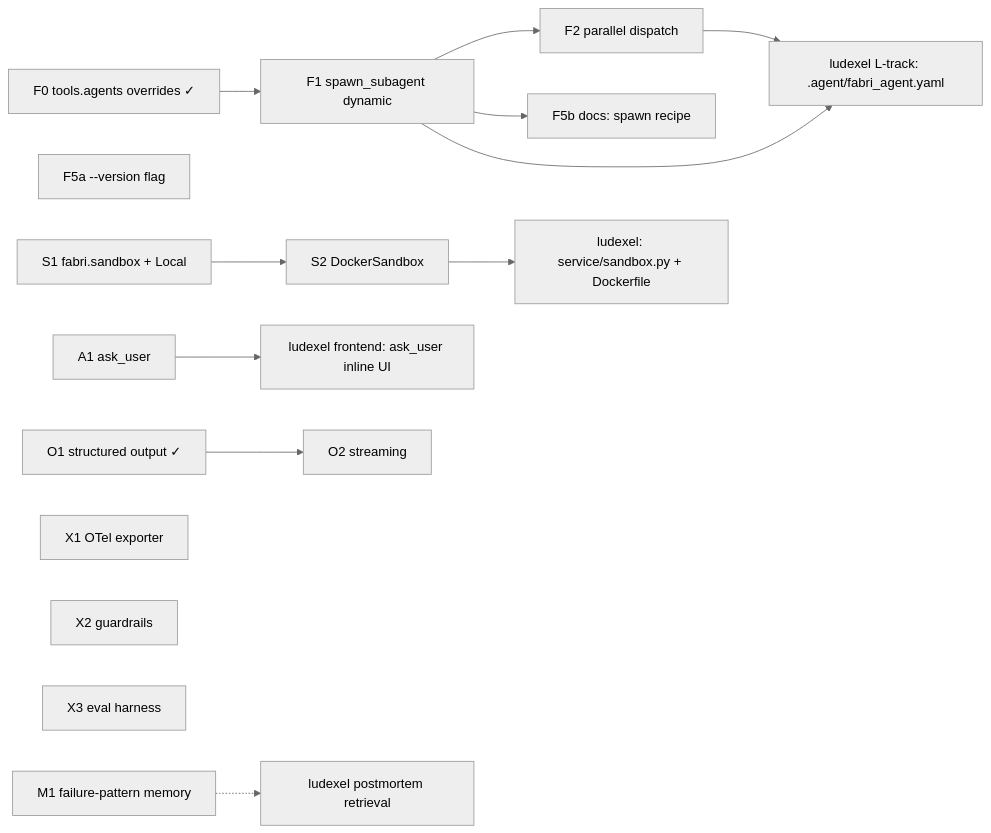
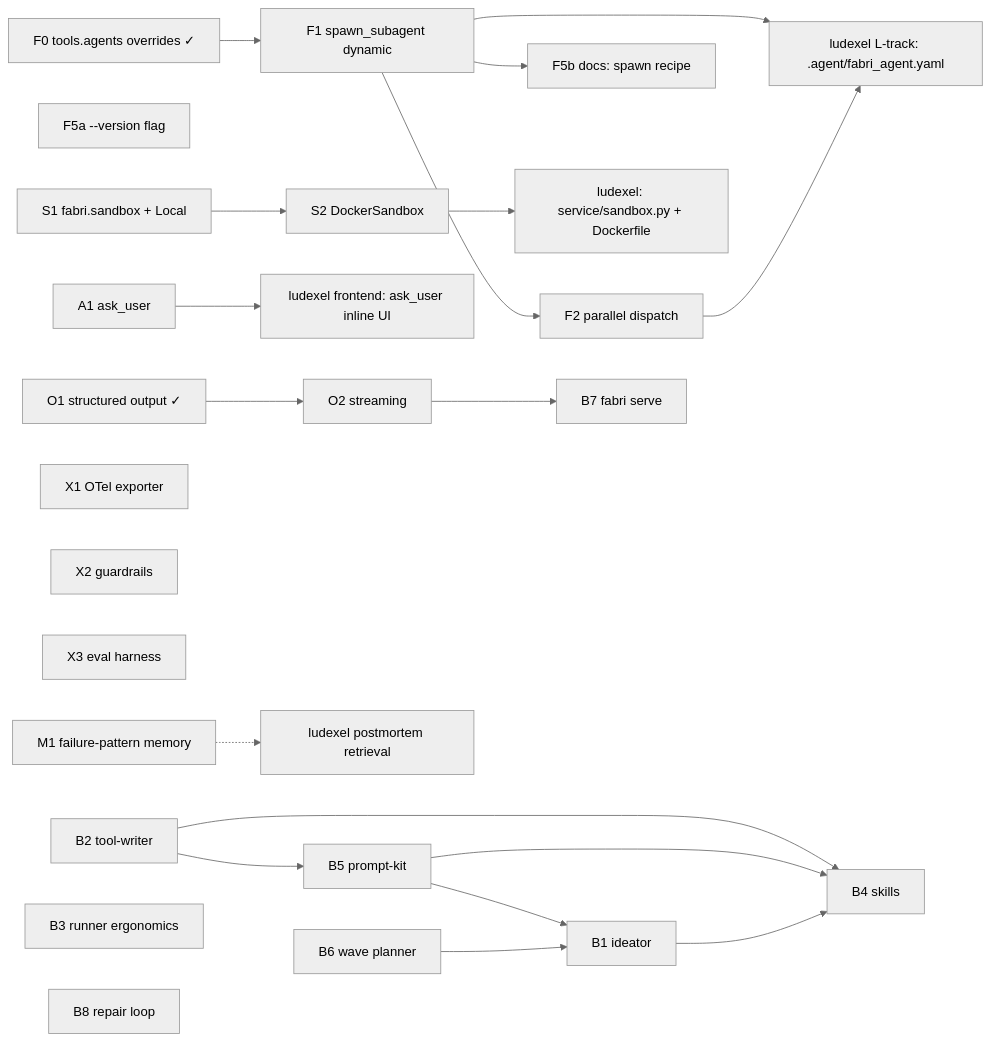
Before and after one commit to Rushour0/fabri: the diagram in docs/ROADMAP.md, drawn with Mermaid (neutral theme). The commit also changed other lines of this file and 1 other file, not shown here.

````diff
--- a/docs/ROADMAP.md
+++ b/docs/ROADMAP.md
@@ -100,17 +124,26 @@
 ```mermaid
 flowchart LR
     F0[F0 tools.agents overrides ✓] --> F1[F1 spawn_subagent dynamic]
     F1 --> F2[F2 parallel dispatch]
     F1 --> F5b[F5b docs: spawn recipe]
     F5a[F5a --version flag]
     S1[S1 fabri.sandbox + Local] --> S2[S2 DockerSandbox]
     F1 --> LX[ludexel L-track: .agent/fabri_agent.yaml]
     F2 --> LX
     S2 --> LXS[ludexel: service/sandbox.py + Dockerfile]
     A1[A1 ask_user] --> LXFE[ludexel frontend: ask_user inline UI]
     O1[O1 structured output ✓] --> O2[O2 streaming]
     X1[X1 OTel exporter]
     X2[X2 guardrails]
     X3[X3 eval harness]
     M1[M1 failure-pattern memory] -.-> LXPM[ludexel postmortem retrieval]
+    B2[B2 tool-writer] --> B5[B5 prompt-kit]
+    B5 --> B1[B1 ideator]
+    B2 --> B4[B4 skills]
+    B5 --> B4
+    B1 --> B4
+    B6[B6 wave planner] --> B1
+    B3[B3 runner ergonomics]
+    O2 --> B7[B7 fabri serve]
+    B8[B8 repair loop]
 ```
````
